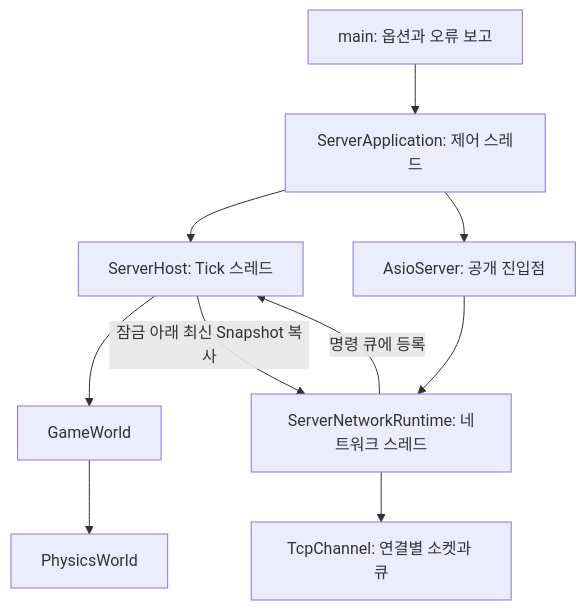
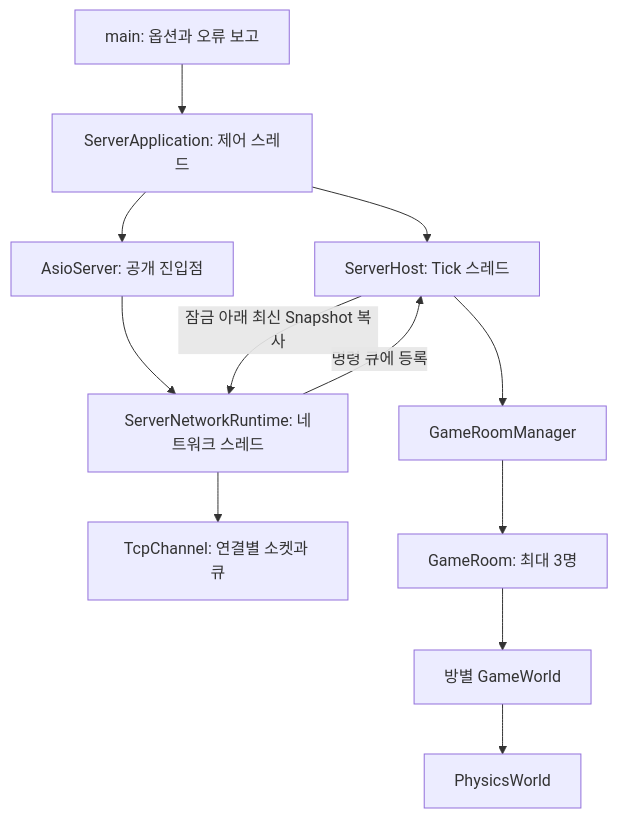
The first of 3 diagrams in docs/SERVER_ARCHITECTURE.md (BaeJiwoo/MoongTangE), drawn with Mermaid before and after one commit. The commit also changed other lines of this file and 22 other files, not shown here.

````diff
--- a/docs/SERVER_ARCHITECTURE.md
+++ b/docs/SERVER_ARCHITECTURE.md
@@ -48,12 +48,14 @@
 ```mermaid
 flowchart TD
     Main[main: 옵션과 오류 보고] --> App[ServerApplication: 제어 스레드]
     App --> Host[ServerHost: Tick 스레드]
     App --> Facade[AsioServer: 공개 진입점]
     Facade --> Network[ServerNetworkRuntime: 네트워크 스레드]
     Network --> Channel[TcpChannel: 연결별 소켓과 큐]
     Network -->|명령 큐에 등록| Host
-    Host --> World[GameWorld]
+    Host --> Rooms[GameRoomManager]
+    Rooms --> Room[GameRoom: 최대 3명]
+    Room --> World[방별 GameWorld]
     World --> Physics[PhysicsWorld]
     Host -->|잠금 아래 최신 Snapshot 복사| Network
 ```
````
